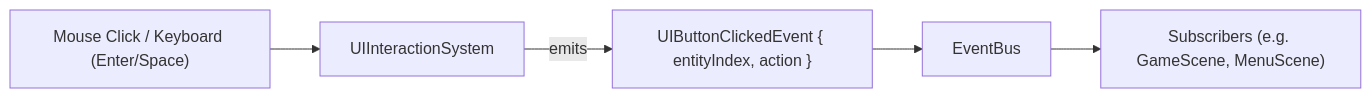
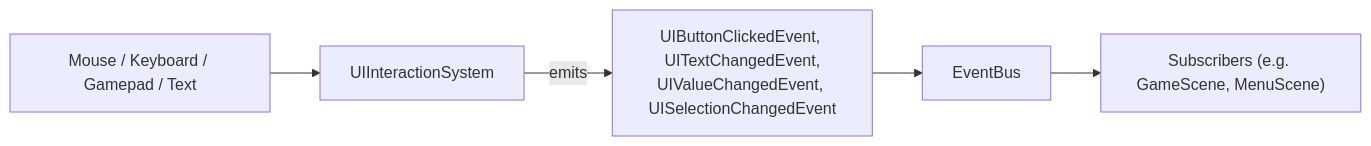
The diagram in docs/architecture/ui.md (Chezrush/R-TYPE), drawn with Mermaid before and after one commit. The commit also changed other lines of this file and 20 other files, not shown here.

````diff
--- a/docs/architecture/ui.md
+++ b/docs/architecture/ui.md
@@ -93,7 +93,7 @@
 ```mermaid
 flowchart LR
-    User["Mouse Click / Keyboard (Enter/Space)"] --> Sys["UIInteractionSystem"]
-    Sys -- emits --> Event["UIButtonClickedEvent { entityIndex, action }"]
+    User["Mouse / Keyboard / Gamepad / Text"] --> Sys["UIInteractionSystem"]
+    Sys -- emits --> Event["UIButtonClickedEvent, UITextChangedEvent,<br/>UIValueChangedEvent, UISelectionChangedEvent"]
     Event --> Bus["EventBus"]
     Bus --> Sub["Subscribers (e.g. GameScene, MenuScene)"]
 ```
````
